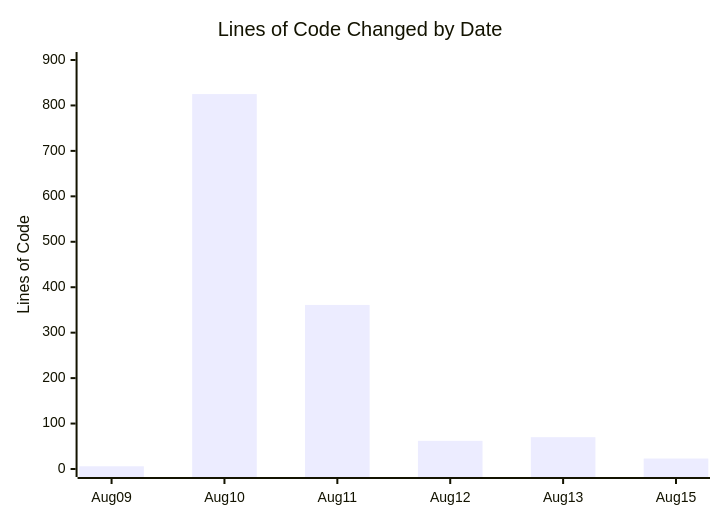
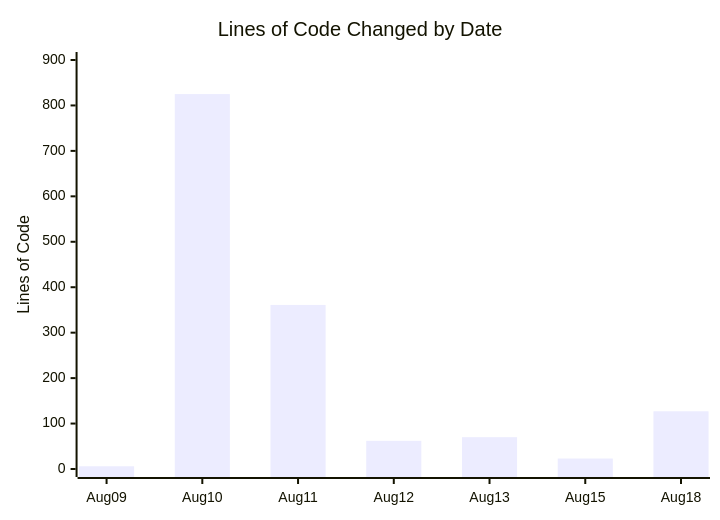
Before and after one commit to roger64s/gradagig-website: the second of 3 diagrams in docs/PROJECT_SUMMARY.md, drawn with Mermaid. The commit also changed other lines of this file and 2 other files, not shown here.

````diff
--- a/docs/PROJECT_SUMMARY.md
+++ b/docs/PROJECT_SUMMARY.md
@@ -64,7 +65,7 @@
 ```mermaid
 xychart-beta
     title "Lines of Code Changed by Date"
-    x-axis [Aug 09, Aug 10, Aug 11, Aug 12, Aug 13, Aug 15]
+    x-axis [Aug 09, Aug 10, Aug 11, Aug 12, Aug 13, Aug 15, Aug 18]
     y-axis "Lines of Code" 0 --> 900
-    bar [6, 825, 361, 62, 70, 23]
+    bar [6, 825, 361, 62, 70, 23, 127]
 ```
````
